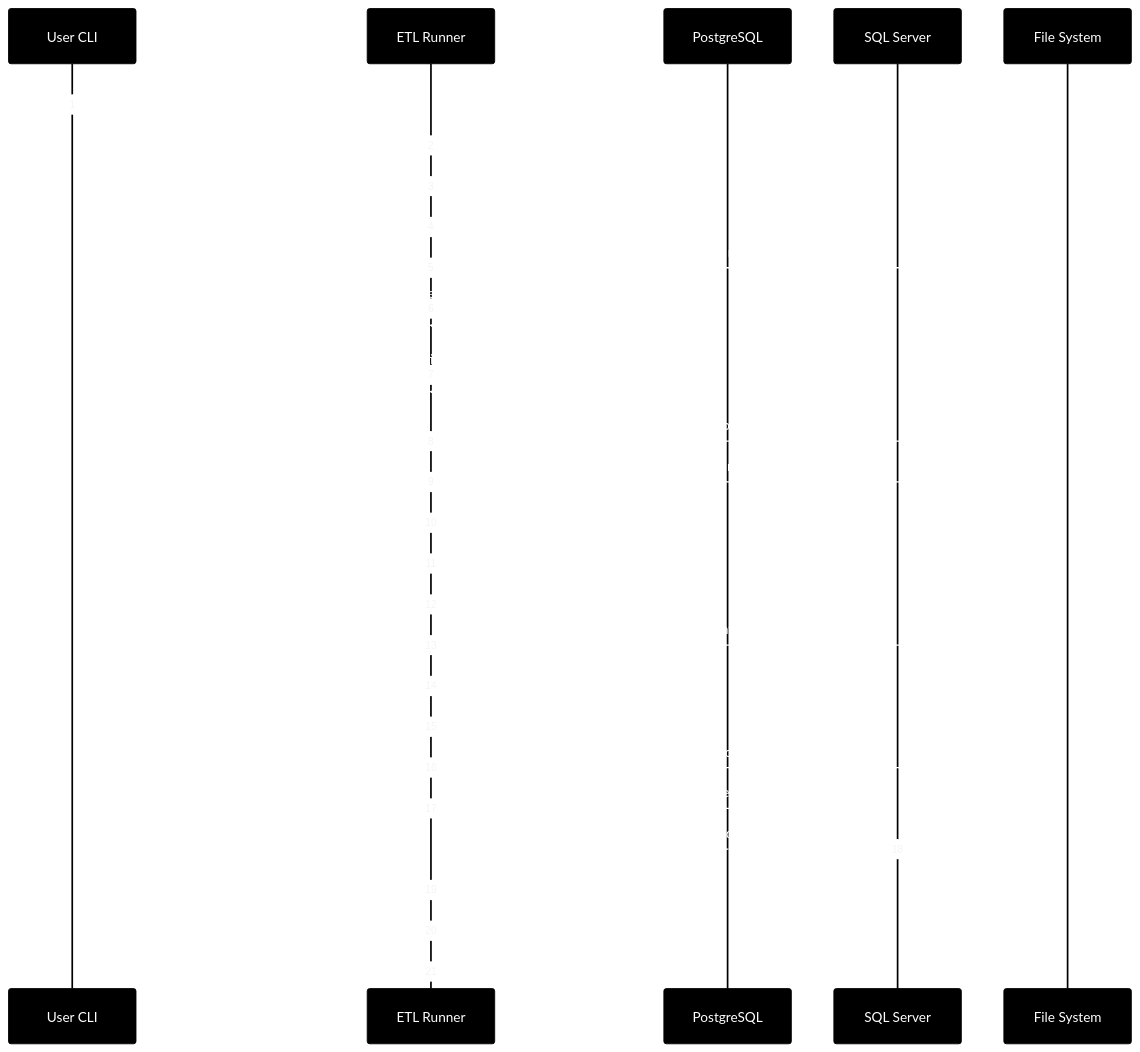
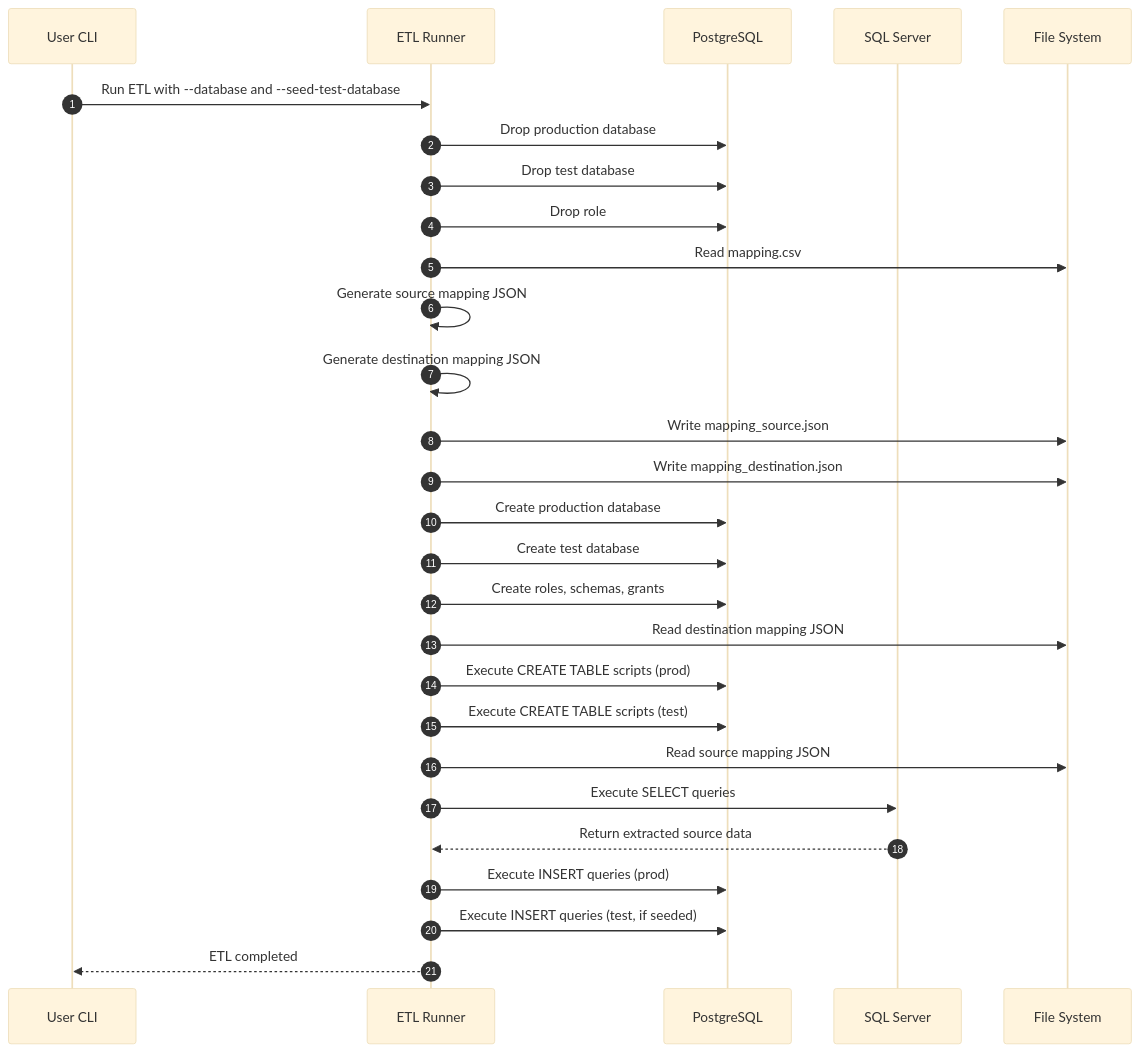
The diagram in README.md (kimberly-emerson/python-etl-sql-postgres), drawn with Mermaid before and after one commit.

````diff
--- a/README.md
+++ b/README.md
@@ -10,44 +10,45 @@
 ```mermaid
 ---
   config:
     theme: base
     themeVariables:
-      primaryColor: "#000"
-      primaryTextColor: "#fff"
+      background: "#fff"
+      fontColor: "#000"
 ---
 sequenceDiagram
     autonumber
     participant CLI as User CLI
     participant ETL as ETL Runner
     participant PG as PostgreSQL
     participant SQL as SQL Server
     participant FS as File System
 
     CLI->>ETL: Run ETL with --database and --seed-test-database
     ETL->>PG: Drop production database
     ETL->>PG: Drop test database
     ETL->>PG: Drop role
 
     ETL->>FS: Read mapping.csv
     ETL->>ETL: Generate source mapping JSON
     ETL->>ETL: Generate destination mapping JSON
     ETL->>FS: Write mapping_source.json
     ETL->>FS: Write mapping_destination.json
 
     ETL->>PG: Create production database
     ETL->>PG: Create test database
     ETL->>PG: Create roles, schemas, grants
 
     ETL->>FS: Read destination mapping JSON
     ETL->>PG: Execute CREATE TABLE scripts (prod)
     ETL->>PG: Execute CREATE TABLE scripts (test)
 
     ETL->>FS: Read source mapping JSON
     ETL->>SQL: Execute SELECT queries
     SQL-->>ETL: Return extracted source data
 
     ETL->>PG: Execute INSERT queries (prod)
     ETL->>PG: Execute INSERT queries (test, if seeded)
 
     ETL-->>CLI: ETL completed
+    
 ```
````
